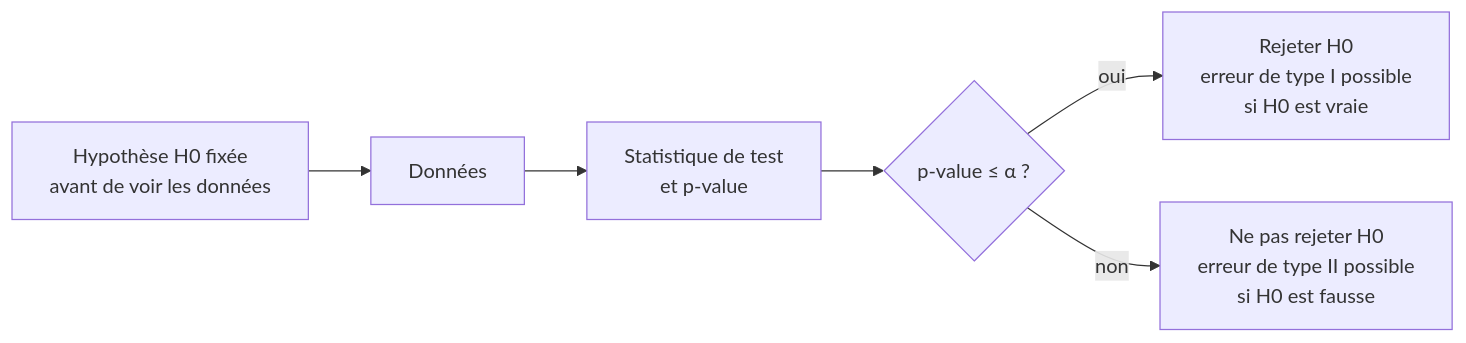
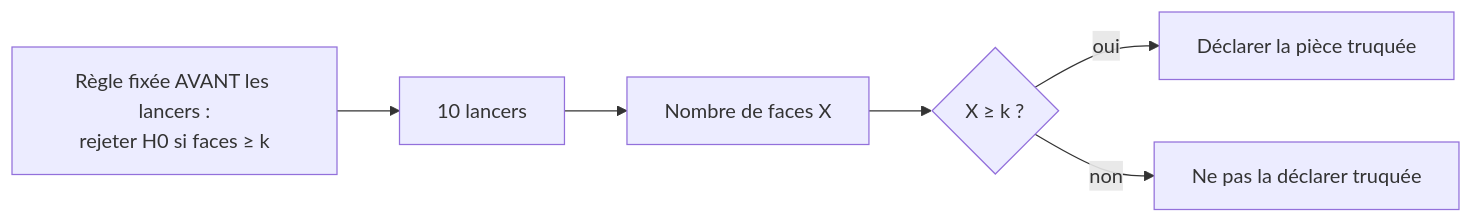
One commit to aristidinahfaifa-afk/Projet_methodo changed the second of 7 diagrams in Notes/Mini-cours/cours-erreur-type-1.md. Above: the diagram before and after it, drawn with Mermaid. The commit also changed other lines of this file and 19 other files, not shown here.

````diff
--- a/Notes/Mini-cours/cours-erreur-type-1.md
+++ b/Notes/Mini-cours/cours-erreur-type-1.md
@@ -72,8 +64,8 @@
 ```mermaid
 flowchart LR
-    H["Hypothèse H0 fixée<br/>avant de voir les données"] --> D["Données"]
-    D --> T["Statistique de test<br/>et p-value"]
-    T --> R{"p-value ≤ α ?"}
-    R -->|oui| Rej["Rejeter H0<br/>erreur de type I possible<br/>si H0 est vraie"]
-    R -->|non| Acc["Ne pas rejeter H0<br/>erreur de type II possible<br/>si H0 est fausse"]
+    R["Règle fixée AVANT les lancers :<br/>rejeter H0 si faces ≥ k"] --> L["10 lancers"]
+    L --> N["Nombre de faces X"]
+    N --> D{"X ≥ k ?"}
+    D -->|oui| Rej["Déclarer la pièce truquée"]
+    D -->|non| Acc["Ne pas la déclarer truquée"]
 ```
````
